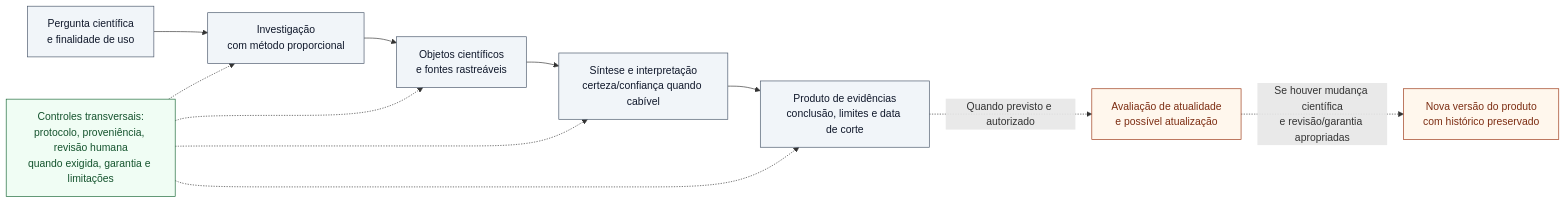
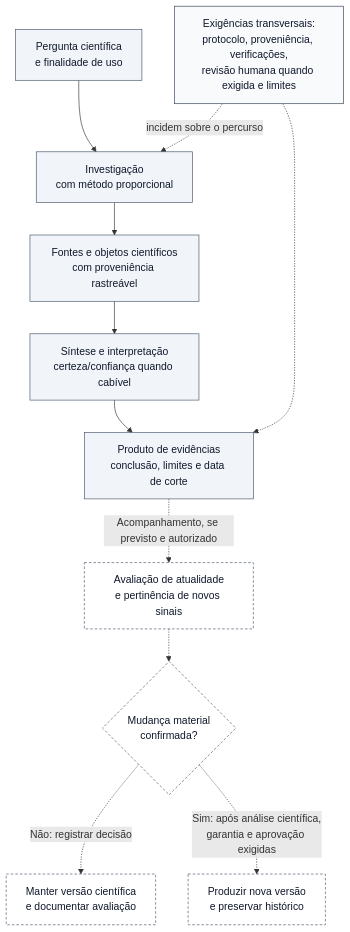
One commit to rogerio-raposo/observatorio-evidencias-saude changed the diagram in docs/scientific-communication/figuras/figura-01-visao-geral-oes-prototipo.md. Above: the diagram before and after it, drawn with Mermaid. The commit also changed other lines of this file, not shown here.

Commit message:
docs: review Figure 1 semantics and conditional update paths

````diff
--- a/docs/scientific-communication/figuras/figura-01-visao-geral-oes-prototipo.md
+++ b/docs/scientific-communication/figuras/figura-01-visao-geral-oes-prototipo.md
@@ -11,22 +13,23 @@
 ```mermaid
-flowchart LR
+flowchart TB
     Q["Pergunta científica<br/>e finalidade de uso"] --> I["Investigação<br/>com método proporcional"]
-    I --> O["Objetos científicos<br/>e fontes rastreáveis"]
+    I --> O["Fontes e objetos científicos<br/>com proveniência rastreável"]
     O --> S["Síntese e interpretação<br/>certeza/confiança quando cabível"]
     S --> P["Produto de evidências<br/>conclusão, limites e data de corte"]
 
-    P -. "Quando previsto e autorizado" .-> U["Avaliação de atualidade<br/>e possível atualização"]
-    U -. "Se houver mudança científica<br/>e revisão/garantia apropriadas" .-> V["Nova versão do produto<br/>com histórico preservado"]
+    P -. "Acompanhamento, se previsto e autorizado" .-> U["Avaliação de atualidade<br/>e pertinência de novos sinais"]
+    U -.-> D{"Mudança material<br/>confirmada?"}
+    D -. "Não: registrar decisão" .-> R["Manter versão científica<br/>e documentar avaliação"]
+    D -. "Sim: após análise científica,<br/>garantia e aprovação exigidas" .-> V["Produzir nova versão<br/>e preservar histórico"]
 
-    G["Controles transversais:<br/>protocolo, proveniência, revisão humana<br/>quando exigida, garantia e limitações"] -.-> I
-    G -.-> O
-    G -.-> S
+    G["Exigências transversais:<br/>protocolo, proveniência, verificações,<br/>revisão humana quando exigida e limites"]
+    G -. "incidem sobre o percurso" .-> I
     G -.-> P
 
     classDef core fill:#F1F5F9,stroke:#475569,color:#0F172A,stroke-width:1px
-    classDef decision fill:#FFF7ED,stroke:#9A3412,color:#7C2D12,stroke-width:1px
-    classDef context fill:#F0FDF4,stroke:#166534,color:#14532D,stroke-width:1px
+    classDef optional fill:#FFFFFF,stroke:#475569,color:#0F172A,stroke-width:1px,stroke-dasharray:4 3
+    classDef context fill:#F8FAFC,stroke:#334155,color:#0F172A,stroke-width:1px
     class Q,I,O,S,P core
-    class U,V decision
+    class U,D,R,V optional
     class G context
 ```
````
